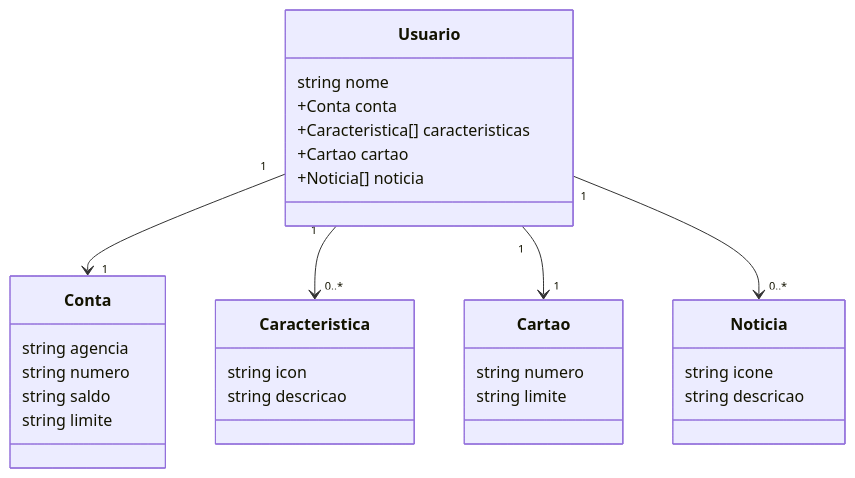
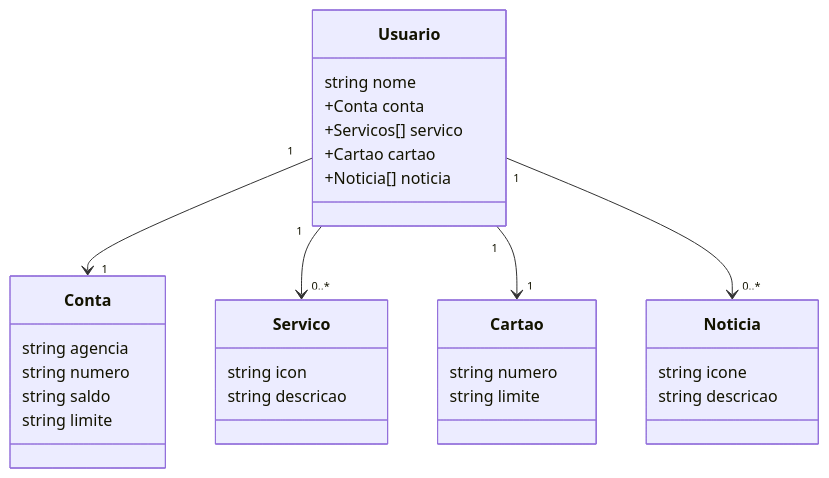
The diagram in README.md (OcilioJose/PGSB), drawn with Mermaid before and after one commit.

````diff
--- a/README.md
+++ b/README.md
@@ -5,37 +5,37 @@
 ```mermaid
 classDiagram
     class Usuario {
         string nome
         +Conta conta
-        +Caracteristica[] caracteristicas
+        +Servicos[] servico
         +Cartao cartao
         +Noticia[] noticia
     }
 
     class Conta {
         string agencia
         string numero
         string saldo
         string limite
     }
 
-    class Caracteristica {
+    class Servico {
         string icon
         string descricao
     }
 
     class Cartao {
         string numero
         string limite
     }
 
     class Noticia {
         string icone
         string descricao
     }
 
     Usuario "1" --> "1" Conta
-    Usuario "1" --> "0..*" Caracteristica
+    Usuario "1" --> "0..*" Servico
     Usuario "1" --> "1" Cartao
     Usuario "1" --> "0..*" Noticia
 ```
````
